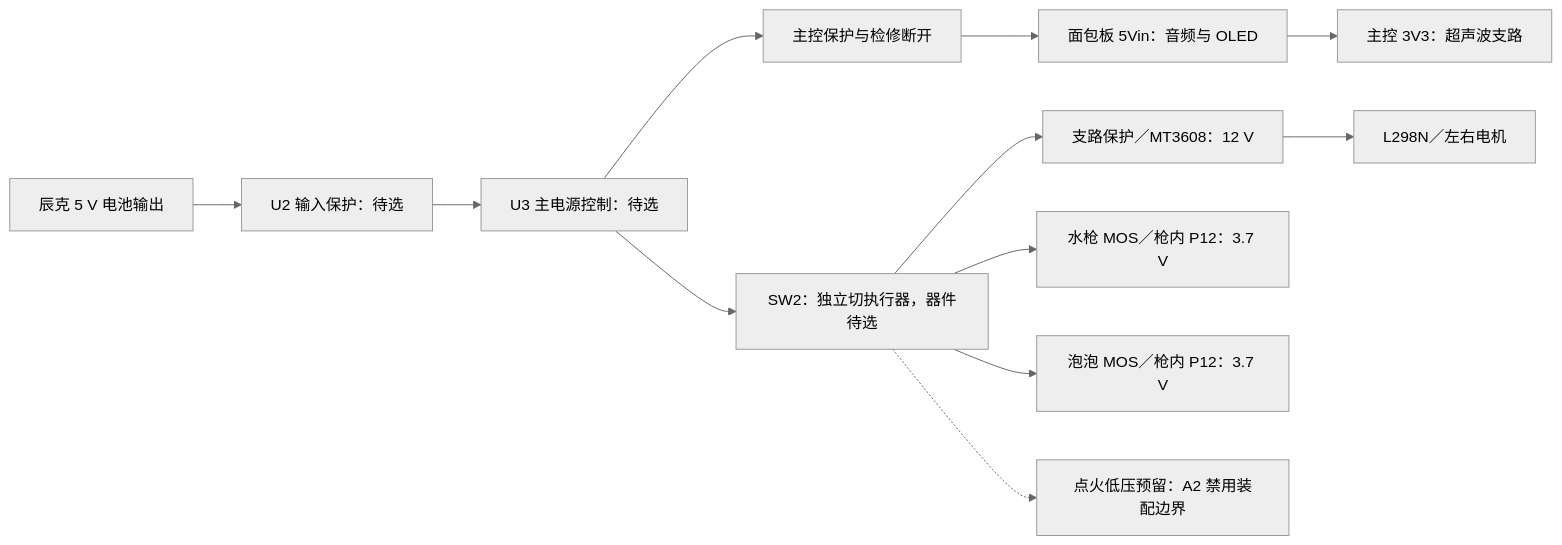
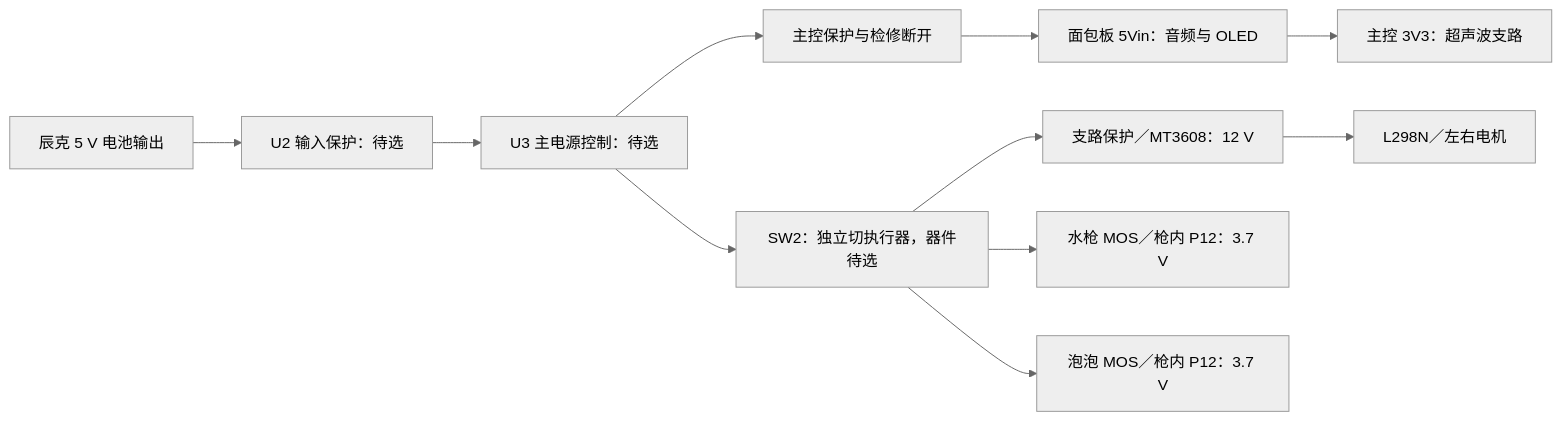
Before and after one commit to miclle/cybertrack: the diagram in hardware/architecture/README.md, drawn with Mermaid (neutral theme). The commit also changed other lines of this file and 36 other files, not shown here.

````diff
--- a/hardware/architecture/README.md
+++ b/hardware/architecture/README.md
@@ -7,14 +7,13 @@
 ```mermaid
 flowchart LR
   BAT[辰克 5 V 电池输出] --> U2[U2 输入保护：待选]
   U2 --> U3[U3 主电源控制：待选]
   U3 --> CTRL[主控保护与检修断开]
   CTRL --> BB[面包板 5Vin：音频与 OLED]
   BB --> US[主控 3V3：超声波支路]
   U3 --> SW[SW2：独立切执行器，器件待选]
   SW --> BOOST[支路保护／MT3608：12 V]
   BOOST --> MOTOR[L298N／左右电机]
   SW --> WATER[水枪 MOS／枪内 P12：3.7 V]
   SW --> BUBBLE[泡泡 MOS／枪内 P12：3.7 V]
-  SW -.-> IGN[点火低压预留：A2 禁用装配边界]
 ```
````
